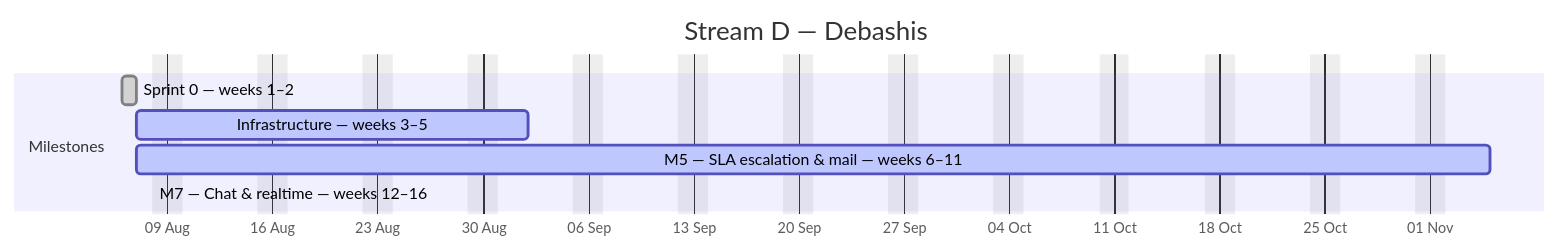
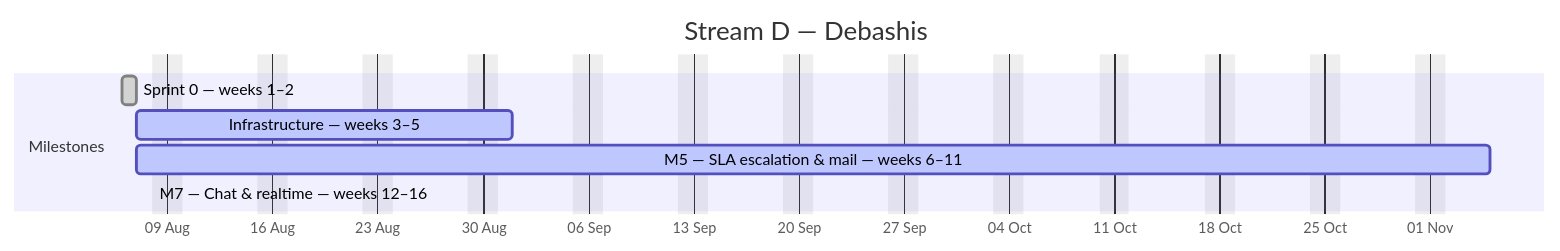
The fourth of 4 diagrams in docs/plan/GANTT.md (debashisedunext/EduTrack), drawn with Mermaid before and after one commit. The commit also changed other lines of this file and 2 other files, not shown here.

````diff
--- a/docs/plan/GANTT.md
+++ b/docs/plan/GANTT.md
@@ -171,12 +171,12 @@
 ```mermaid
 gantt
     dateFormat YYYY-MM-DD
     axisFormat %d %b
     title Stream D — Debashis
     excludes weekends
     section Milestones
     Sprint 0 — weeks 1–2 :done, d0, 2026-08-06, 1d
-    Infrastructure — weeks 3–5 :active, d1, 2026-08-07, 18d
+    Infrastructure — weeks 3–5 :active, d1, 2026-08-07, 17d
     M5 — SLA  escalation & mail — weeks 6–11 :active, d2, 2026-08-07, 64d
     M7 — Chat & realtime — weeks 12–16 :active, d3, 2026-08-08, -14d
 ```
````
